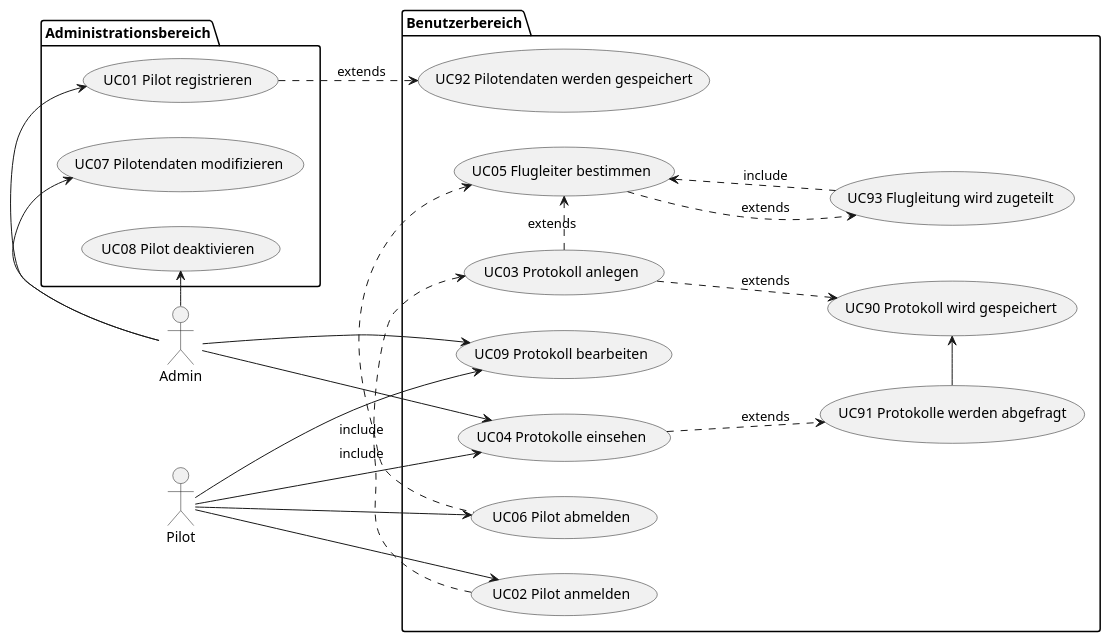
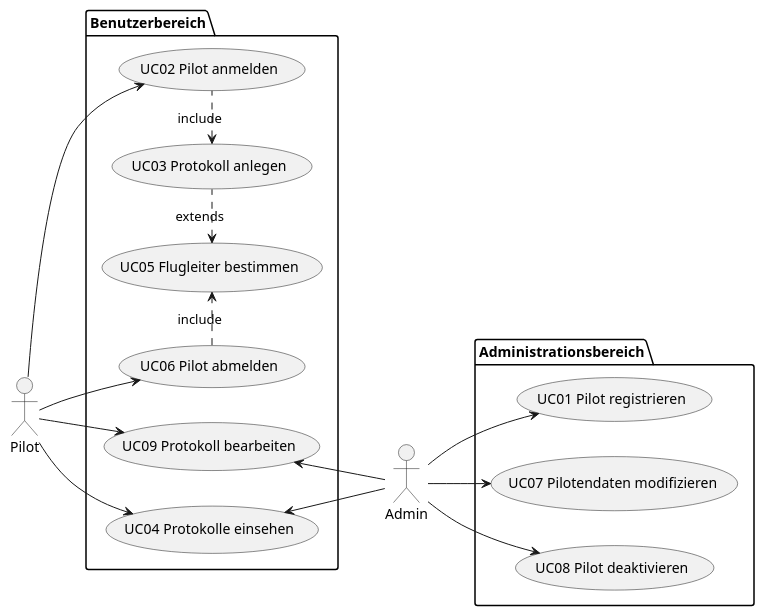
Before and after one commit to jakobkmar/E09-modellflug-logbuch: the diagram in docs/requirements/use-case_model.adoc, drawn with PlantUML.

Commit message:
full UC-diagramm pruned accoriding to profs feedback

```diff
--- a/docs/requirements/use-case_model.adoc
+++ b/docs/requirements/use-case_model.adoc
@@ -25,47 +25,35 @@
 [plantuml, "{diagramsdir}/gesamter Use-Case", svg]
 ....
 @startuml
 left to right direction
 "Admin" as ac01
 "Pilot" as ac02
 package Benutzerbereich {
     "UC02 Pilot anmelden" as (uc02) 
     "UC03 Protokoll anlegen" as (uc03)
     "UC04 Protokolle einsehen" as (uc04)
     "UC05 Flugleiter bestimmen" as (uc05)
     "UC06 Pilot abmelden" as (uc06)
     "UC09 Protokoll bearbeiten" as (uc09)
-    "UC90 Protokoll wird gespeichert" as (uc90)
-    "UC91 Protokolle werden abgefragt" as (uc91)
-    "UC92 Pilotendaten werden gespeichert" as (uc92)
-    "UC93 Flugleitung wird zugeteilt" as (uc93)
 }
 
 package Administrationsbereich {
     "UC01 Pilot registrieren" as (uc01)
     "UC07 Pilotendaten modifizieren" as (uc07)
     "UC08 Pilot deaktivieren" as (uc08)
 
 }
-ac01 -l-> uc01
-ac01 -d-> uc04
-
-ac01 -l-> uc07
-ac01 -l-> uc08
-
-ac01 --> uc09
+ac01 -d-> uc01
+ac01 -u-> uc04
+ac01 -d-> uc07
+ac01 -d-> uc08
+ac01 -u-> uc09
 ac02 -d-> uc02
 ac02 -d-> uc06
 ac02 --> uc09
 ac02 --> uc04
-uc01 .d.> uc92 :extends
-uc02 .r.> uc03 :include
-uc03 .r.> uc05 :extends
-uc03 .d.> uc90 :extends
-uc04 .d.> uc91 :extends
-uc05 .d.> uc93 :extends
-uc06 .l.> uc05 :include
-uc91 -r-> uc90
-uc93 .u.> uc05 :include
+uc02 .l.> uc03 :include
+uc03 .l.> uc05 :extends
+uc06 .r.> uc05 :include
 @enduml
 ....
```
